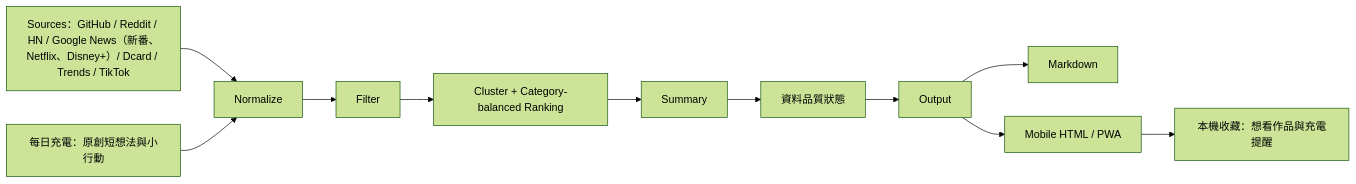
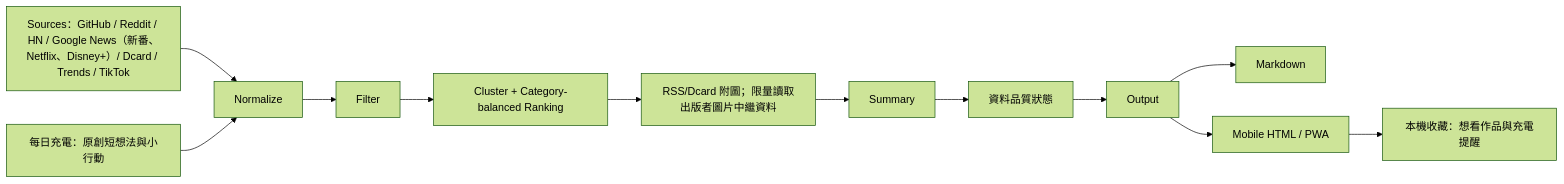
Before and after one commit to dat5512999-bit/daily-intelligence-hub: the first of 3 diagrams in docs/ARCHITECTURE.md, drawn with Mermaid (forest theme). The commit also changed other lines of this file and 16 other files, not shown here.

````diff
--- a/docs/ARCHITECTURE.md
+++ b/docs/ARCHITECTURE.md
@@ -9,13 +9,14 @@
 ```mermaid
 flowchart LR
   Sources["Sources：GitHub / Reddit / HN / Google News（新番、Netflix、Disney+）/ Dcard / Trends / TikTok"] --> Normalize
   DailyBoost["每日充電：原創短想法與小行動"] --> Normalize
   Normalize --> Filter
   Filter --> ClusterRanking["Cluster + Category-balanced Ranking"]
-  ClusterRanking --> Summary
+  ClusterRanking --> PreviewImages["RSS/Dcard 附圖；限量讀取出版者圖片中繼資料"]
+  PreviewImages --> Summary
   Summary --> HealthCheck["資料品質狀態"]
   HealthCheck --> Output
   Output --> Markdown
   Output --> HtmlPreview["Mobile HTML / PWA"]
   HtmlPreview --> Saved["本機收藏：想看作品與充電提醒"]
 ```
````
